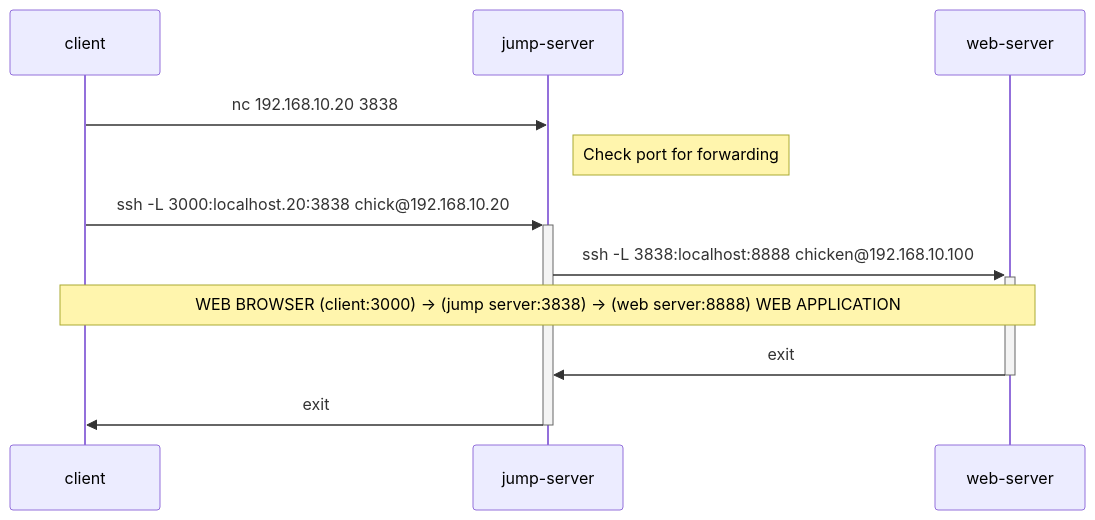
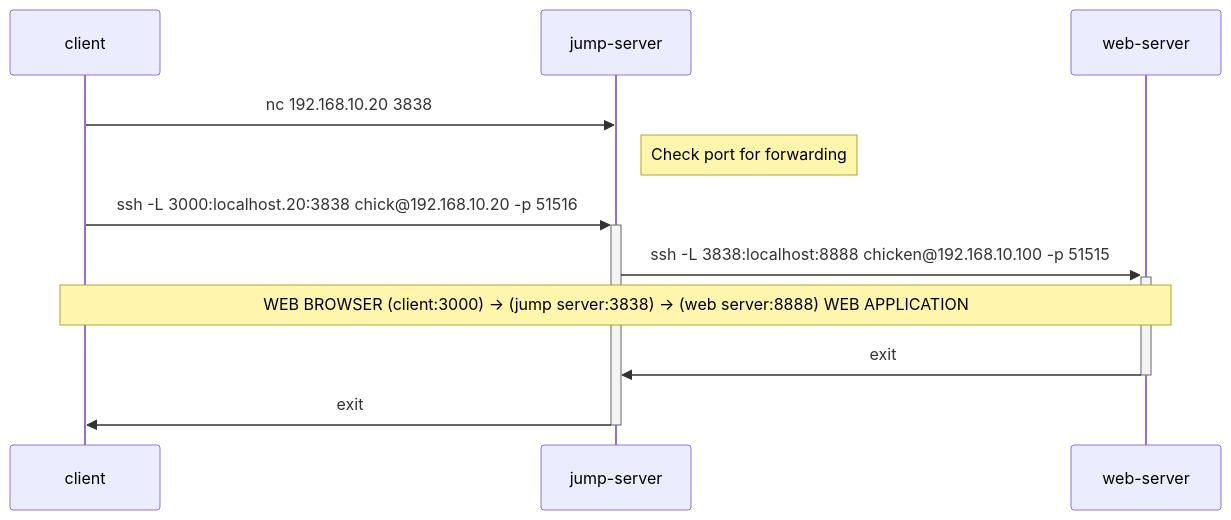
The first of 2 diagrams in local-port-forward.md (qwasium/ssh-memo), drawn with Mermaid before and after one commit. The commit also changed other lines of this file, not shown here.

````diff
--- a/local-port-forward.md
+++ b/local-port-forward.md
@@ -42,10 +42,10 @@
 ```mermaid
 sequenceDiagram
   client ->> jump-server: nc 192.168.10.20 3838
   Note right of jump-server: Check port for forwarding
-  client ->> +jump-server: ssh -L 3000:localhost.20:3838 chick@192.168.10.20
-  jump-server ->> +web-server: ssh -L 3838:localhost:8888 chicken@192.168.10.100
+  client ->> +jump-server: ssh -L 3000:localhost.20:3838 chick@192.168.10.20 -p 51516
+  jump-server ->> +web-server: ssh -L 3838:localhost:8888 chicken@192.168.10.100 -p 51515
   Note over client,web-server: WEB BROWSER (client:3000) -> (jump server:3838) -> (web server:8888) WEB APPLICATION
   web-server ->> -jump-server: exit
   jump-server ->> -client: exit
 ```
````
